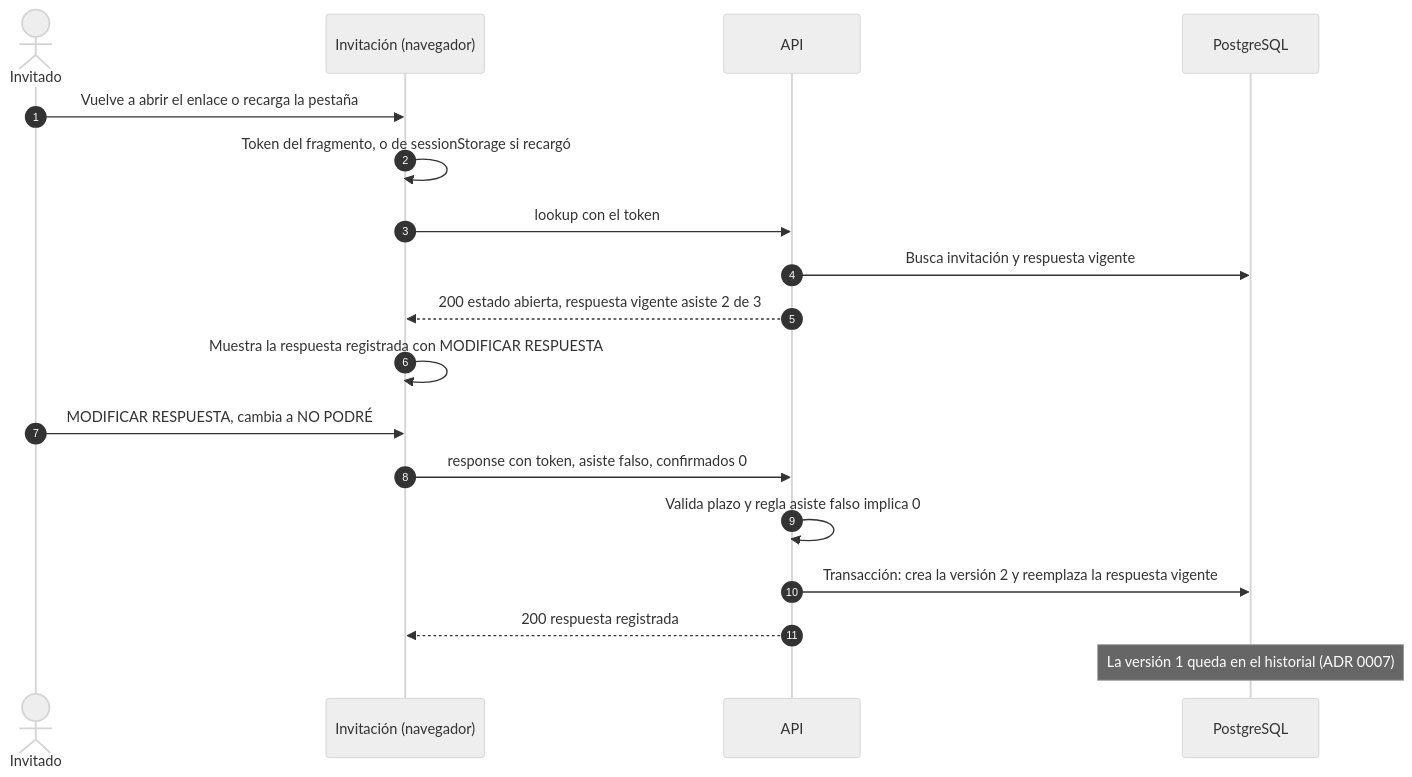
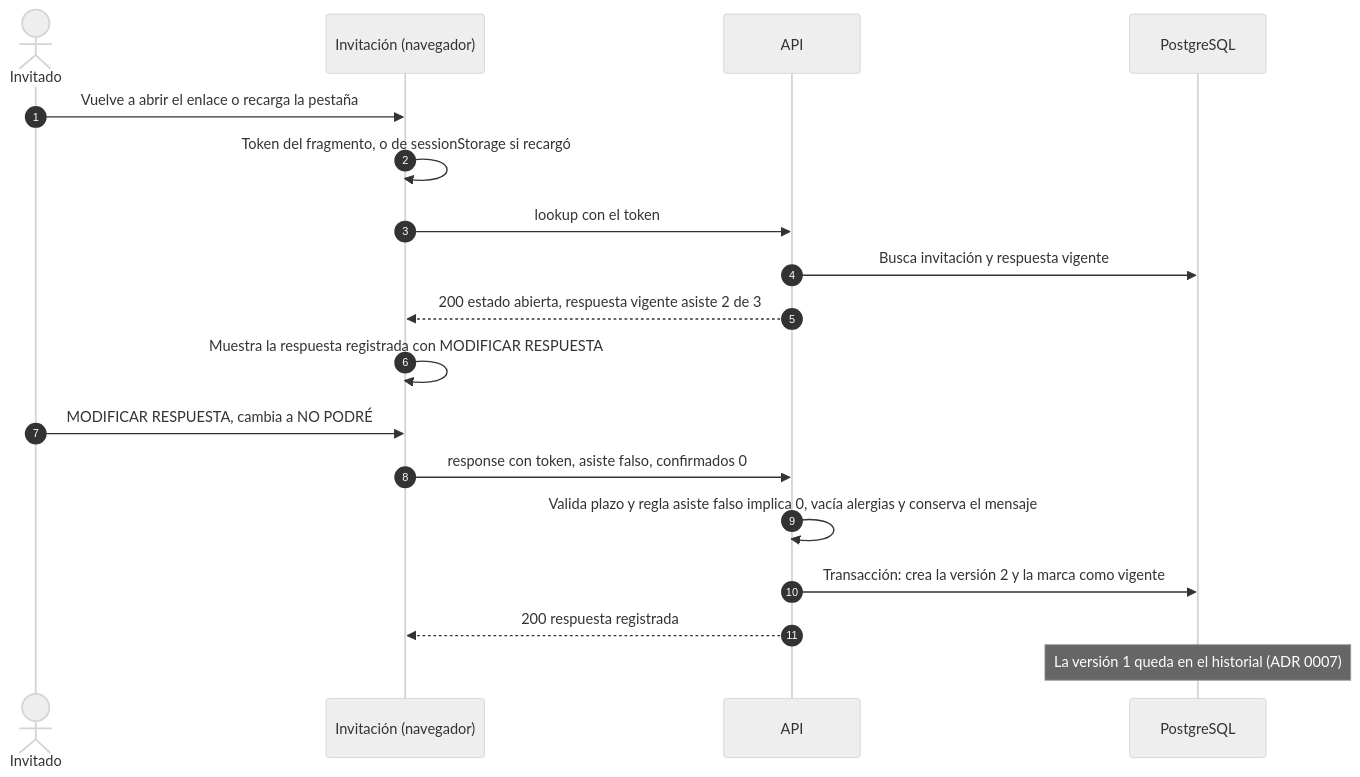
One commit to Mayra-ux/ma-wedding changed the second of 4 diagrams in docs/architecture/03-flujos-invitado.md. Above: the diagram before and after it, drawn with Mermaid (neutral theme). The commit also changed other lines of this file and 26 other files, not shown here.

````diff
--- a/docs/architecture/03-flujos-invitado.md
+++ b/docs/architecture/03-flujos-invitado.md
@@ -41,21 +41,21 @@
 ```mermaid
 sequenceDiagram
   autonumber
   actor G as Invitado
   participant W as Invitación (navegador)
   participant A as API
   participant D as PostgreSQL
 
   G->>W: Vuelve a abrir el enlace o recarga la pestaña
   W->>W: Token del fragmento, o de sessionStorage si recargó
   W->>A: lookup con el token
   A->>D: Busca invitación y respuesta vigente
   A-->>W: 200 estado abierta, respuesta vigente asiste 2 de 3
   W->>W: Muestra la respuesta registrada con MODIFICAR RESPUESTA
   G->>W: MODIFICAR RESPUESTA, cambia a NO PODRÉ
   W->>A: response con token, asiste falso, confirmados 0
-  A->>A: Valida plazo y regla asiste falso implica 0
-  A->>D: Transacción: crea la versión 2 y reemplaza la respuesta vigente
+  A->>A: Valida plazo y regla asiste falso implica 0, vacía alergias y conserva el mensaje
+  A->>D: Transacción: crea la versión 2 y la marca como vigente
   A-->>W: 200 respuesta registrada
   Note over D: La versión 1 queda en el historial (ADR 0007)
 ```
````
